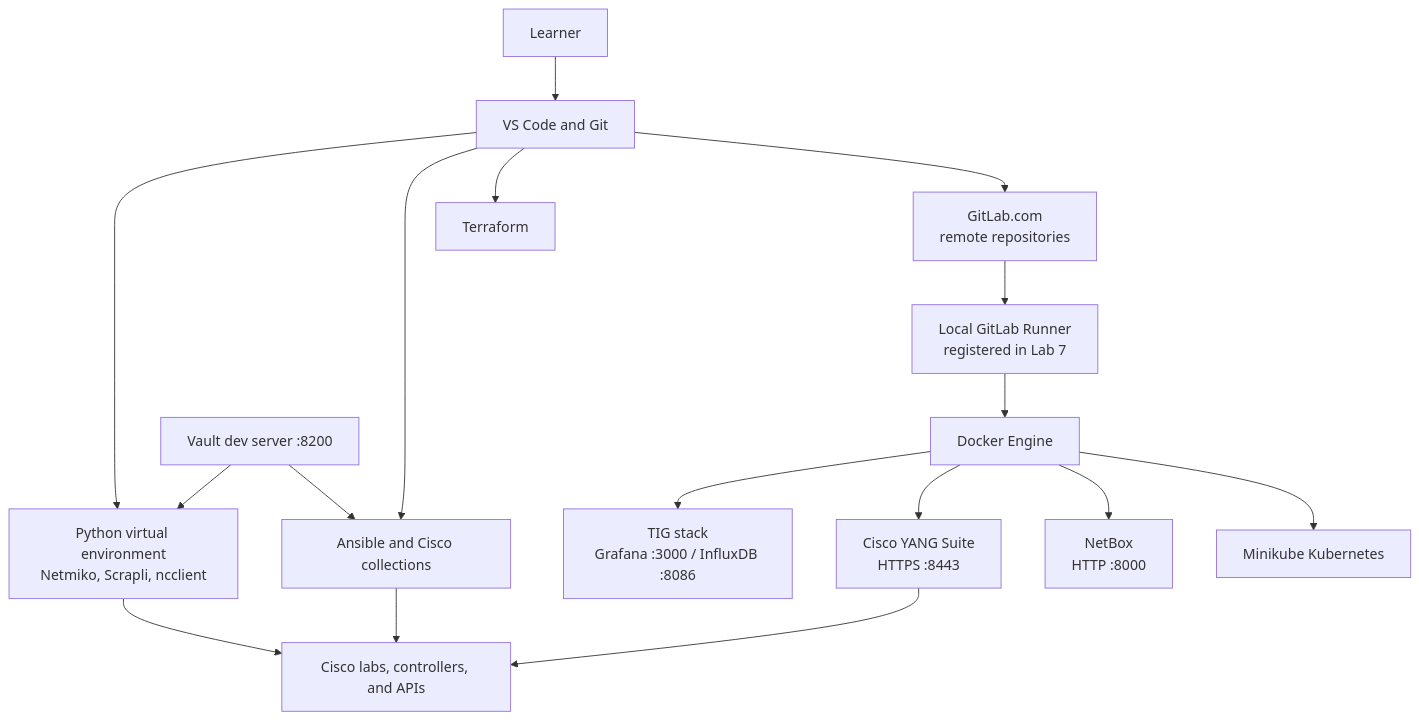
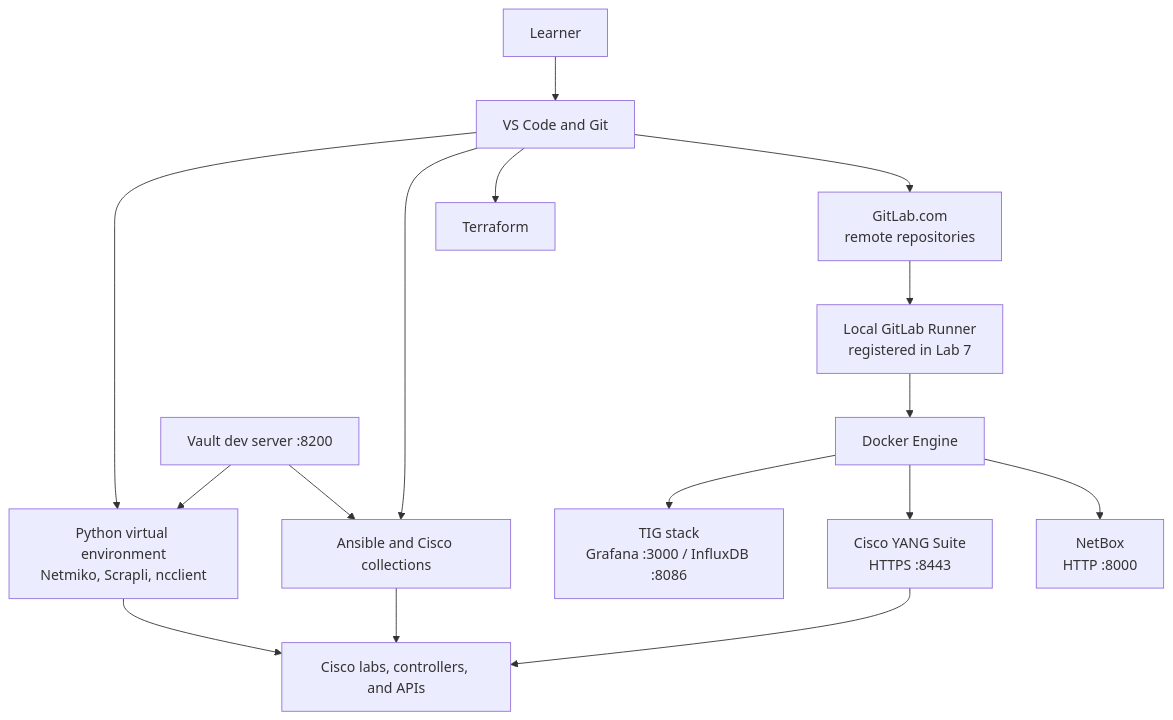
Before and after one commit to tanthanh85/CCNPAUTO: the diagram in LAB/Lab1/Lab1.md, drawn with Mermaid. The commit also changed other lines of this file and 4 other files, not shown here.

````diff
--- a/LAB/Lab1/Lab1.md
+++ b/LAB/Lab1/Lab1.md
@@ -46,20 +46,19 @@
 ```mermaid
 flowchart TB
     Learner["Learner"] --> VSCode["VS Code and Git"]
     VSCode --> Python["Python virtual environment<br/>Netmiko, Scrapli, ncclient"]
     VSCode --> Ansible["Ansible and Cisco collections"]
     VSCode --> IaC["Terraform"]
     VSCode --> GitLab["GitLab.com<br/>remote repositories"]
     GitLab --> Runner["Local GitLab Runner<br/>registered in Lab 7"]
 
     Docker["Docker Engine"] --> TIG["TIG stack<br/>Grafana :3000 / InfluxDB :8086"]
     Docker --> YANG["Cisco YANG Suite<br/>HTTPS :8443"]
     Docker --> NetBox["NetBox<br/>HTTP :8000"]
-    Docker --> K8s["Minikube Kubernetes"]
     Runner --> Docker
     Python --> Devices["Cisco labs, controllers, and APIs"]
     Ansible --> Devices
     YANG --> Devices
     Vault["Vault dev server :8200"] --> Python
     Vault --> Ansible
 ```
````
